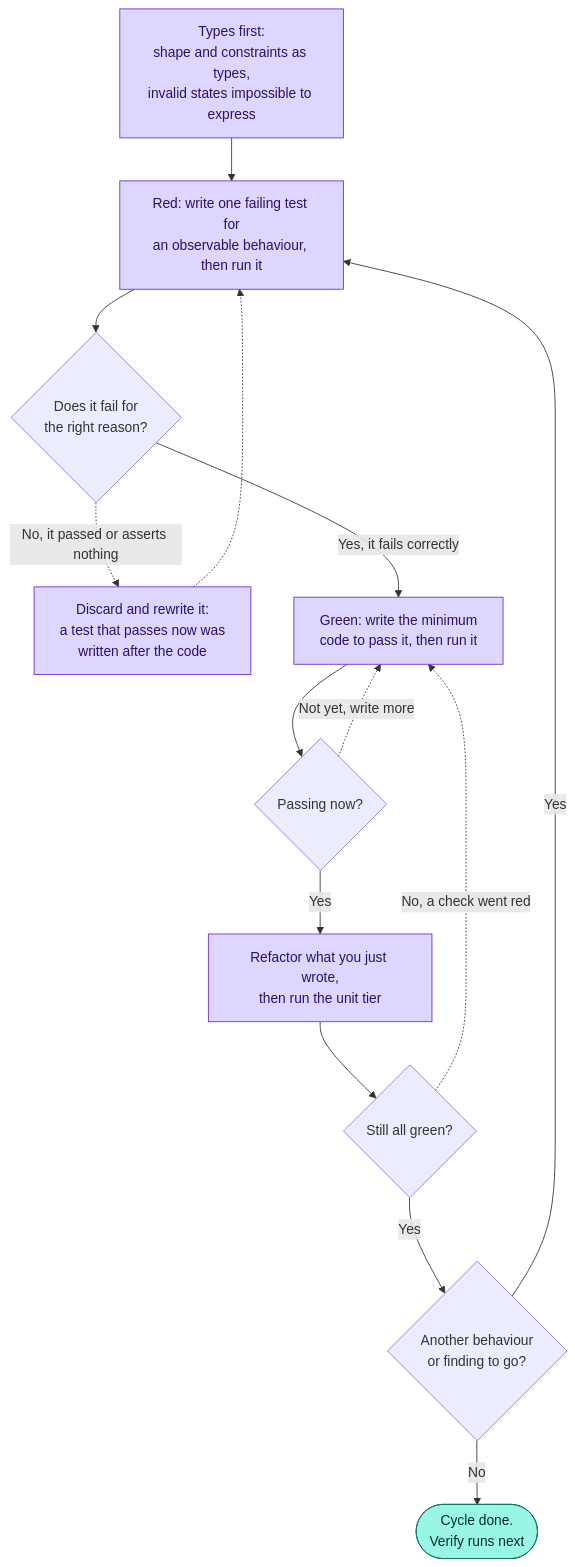
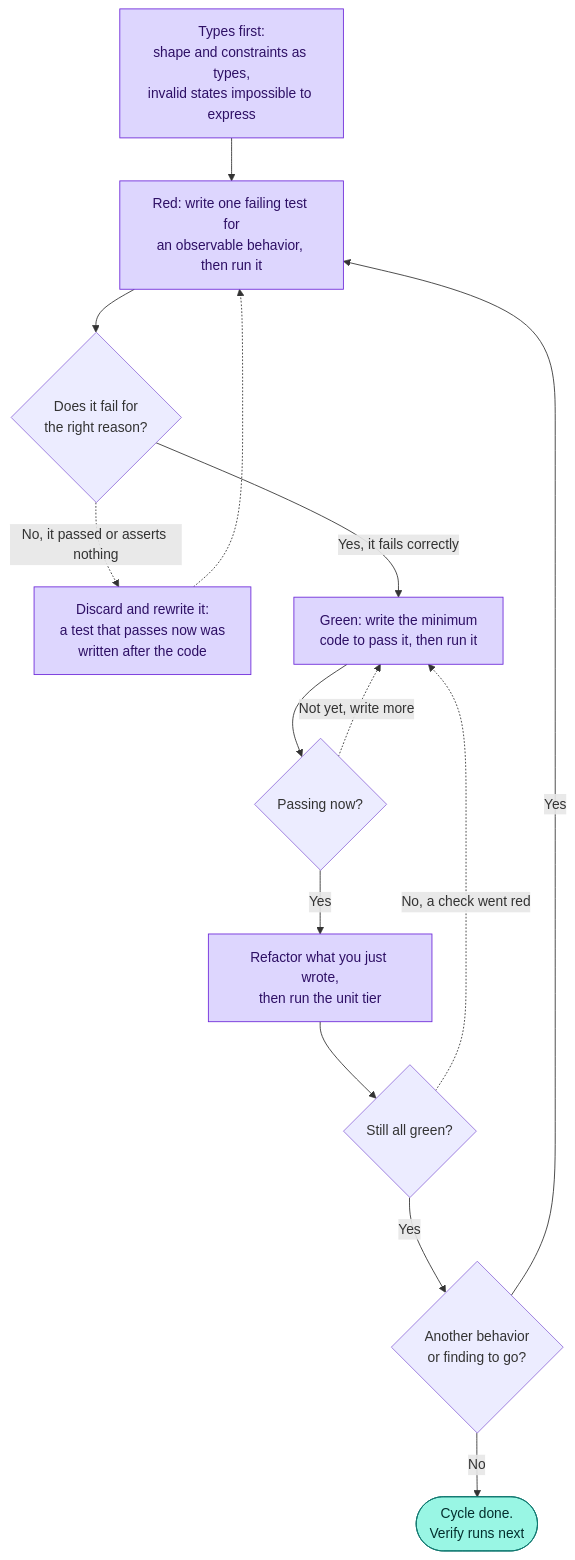
One commit to dominik-rehse/hone changed the third of 4 diagrams in docs/model.md. Above: the diagram before and after it, drawn with Mermaid. The commit also changed other lines of this file and 21 other files, not shown here.

````diff
--- a/docs/model.md
+++ b/docs/model.md
@@ -188,31 +201,31 @@
 ```mermaid
 flowchart TD
     ty["Types first:<br/>shape and constraints as types,<br/>invalid states impossible to express"]
-    red["Red: write one failing test for<br/>an observable behaviour, then run it"]
+    red["Red: write one failing test for<br/>an observable behavior, then run it"]
     q1{"Does it fail for<br/>the right reason?"}
     disc["Discard and rewrite it:<br/>a test that passes now was<br/>written after the code"]
     green["Green: write the minimum<br/>code to pass it, then run it"]
     q2{"Passing now?"}
     refac["Refactor what you just wrote,<br/>then run the unit tier"]
     q3{"Still all green?"}
-    more{"Another behaviour<br/>or finding to go?"}
+    more{"Another behavior<br/>or finding to go?"}
     done(["Cycle done.<br/>Verify runs next"])
 
     ty --> red --> q1
     q1 -.->|"No, it passed or asserts nothing"| disc
     disc -.-> red
     q1 -->|"Yes, it fails correctly"| green
     green --> q2
     q2 -.->|"Not yet, write more"| green
     q2 -->|"Yes"| refac
     refac --> q3
     q3 -.->|"No, a check went red"| green
     q3 -->|"Yes"| more
     more -->|"Yes"| red
     more -->|"No"| done
 
     classDef stochastic fill:#ddd6fe,stroke:#6d28d9,color:#2e1065;
     classDef deterministic fill:#99f6e4,stroke:#0f766e,color:#042f2e;
     class ty,red,green,refac,disc stochastic;
     class done deterministic;
 ```
````
